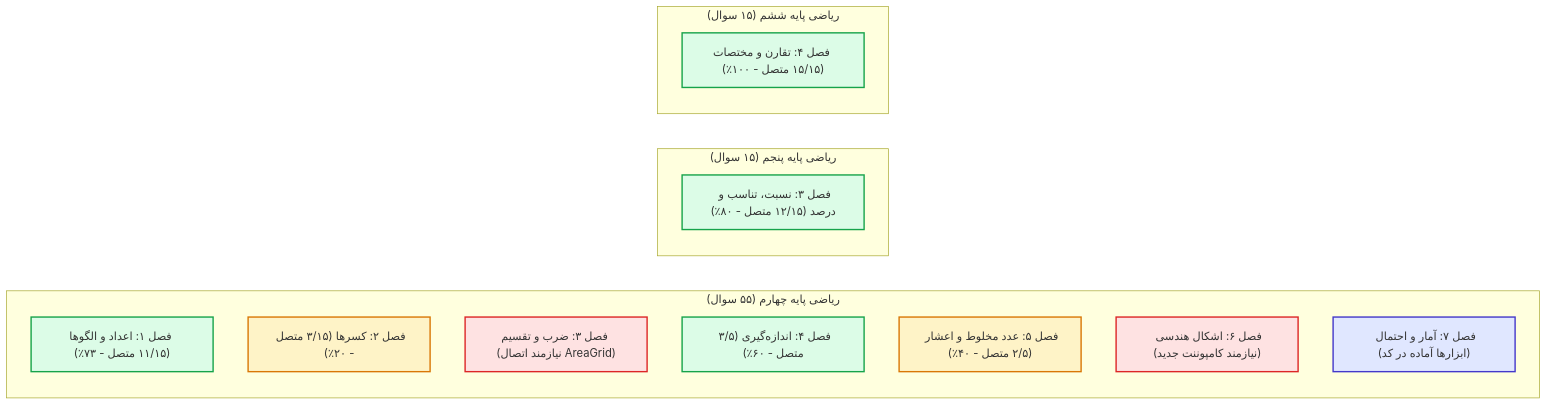
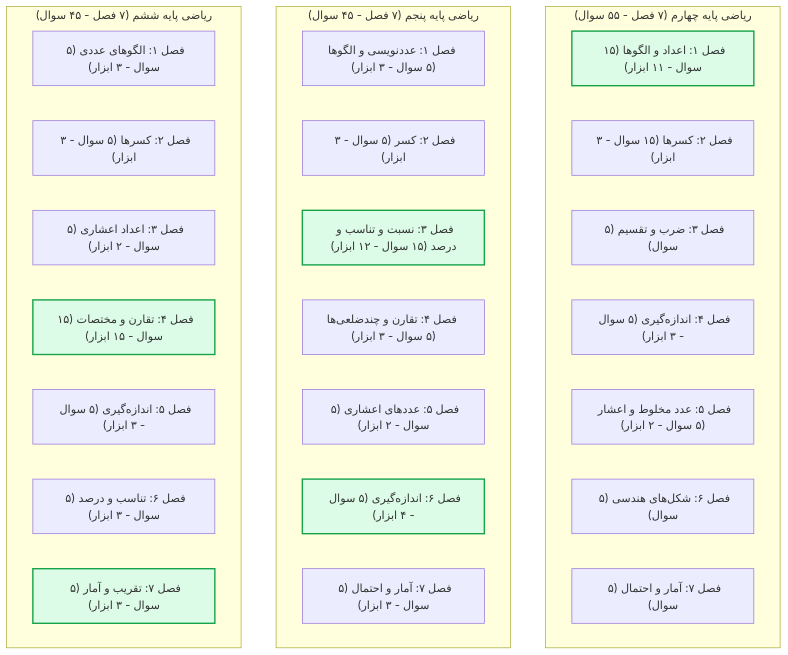
One commit to javadderoom/education changed the diagram in docs/curriculum_items_tools_catalog.md. Above: the diagram before and after it, drawn with Mermaid. The commit also changed other lines of this file and 25 other files, not shown here.

````diff
--- a/docs/curriculum_items_tools_catalog.md
+++ b/docs/curriculum_items_tools_catalog.md
@@ -22,27 +34,35 @@
 ```mermaid
-flowchart LR
-    subgraph Grade4["ریاضی پایه چهارم (۵۵ سوال)"]
-        CH1["فصل ۱: اعداد و الگوها (۱۱/۱۵ متصل - ۷۳٪)"]
-        CH2["فصل ۲: کسرها (۳/۱۵ متصل - ۲۰٪)"]
-        CH3["فصل ۳: ضرب و تقسیم (نیازمند اتصال AreaGrid)"]
-        CH4["فصل ۴: اندازه‌گیری (۳/۵ متصل - ۶۰٪)"]
-        CH5["فصل ۵: عدد مخلوط و اعشار (۲/۵ متصل - ۴۰٪)"]
-        CH6["فصل ۶: اشکال هندسی (نیازمند کامپوننت جدید)"]
-        CH7["فصل ۷: آمار و احتمال (ابزارها آماده در کد)"]
+flowchart TD
+    subgraph Grade4["ریاضی پایه چهارم (۷ فصل - ۵۵ سوال)"]
+        G4_CH1["فصل ۱: اعداد و الگوها (۱۵ سوال - ۱۱ ابزار)"]
+        G4_CH2["فصل ۲: کسرها (۱۵ سوال - ۳ ابزار)"]
+        G4_CH3["فصل ۳: ضرب و تقسیم (۵ سوال)"]
+        G4_CH4["فصل ۴: اندازه‌گیری (۵ سوال - ۳ ابزار)"]
+        G4_CH5["فصل ۵: عدد مخلوط و اعشار (۵ سوال - ۲ ابزار)"]
+        G4_CH6["فصل ۶: شکل‌های هندسی (۵ سوال)"]
+        G4_CH7["فصل ۷: آمار و احتمال (۵ سوال)"]
     end
-    subgraph Grade5["ریاضی پایه پنجم (۱۵ سوال)"]
-        G5CH3["فصل ۳: نسبت، تناسب و درصد (۱۲/۱۵ متصل - ۸۰٪)"]
+    subgraph Grade5["ریاضی پایه پنجم (۷ فصل - ۴۵ سوال)"]
+        G5_CH1["فصل ۱: عددنویسی و الگوها (۵ سوال - ۳ ابزار)"]
+        G5_CH2["فصل ۲: کسر (۵ سوال - ۳ ابزار)"]
+        G5_CH3["فصل ۳: نسبت و تناسب و درصد (۱۵ سوال - ۱۲ ابزار)"]
+        G5_CH4["فصل ۴: تقارن و چندضلعی‌ها (۵ سوال - ۳ ابزار)"]
+        G5_CH5["فصل ۵: عددهای اعشاری (۵ سوال - ۲ ابزار)"]
+        G5_CH6["فصل ۶: اندازه‌گیری (۵ سوال - ۴ ابزار)"]
+        G5_CH7["فصل ۷: آمار و احتمال (۵ سوال - ۳ ابزار)"]
     end
-    subgraph Grade6["ریاضی پایه ششم (۱۵ سوال)"]
-        G6CH4["فصل ۴: تقارن و مختصات (۱۵/۱۵ متصل - ۱۰۰٪)"]
+    subgraph Grade6["ریاضی پایه ششم (۷ فصل - ۴۵ سوال)"]
+        G6_CH1["فصل ۱: الگوهای عددی (۵ سوال - ۳ ابزار)"]
+        G6_CH2["فصل ۲: کسرها (۵ سوال - ۳ ابزار)"]
+        G6_CH3["فصل ۳: اعداد اعشاری (۵ سوال - ۲ ابزار)"]
+        G6_CH4["فصل ۴: تقارن و مختصات (۱۵ سوال - ۱۵ ابزار)"]
+        G6_CH5["فصل ۵: اندازه‌گیری (۵ سوال - ۳ ابزار)"]
+        G6_CH6["فصل ۶: تناسب و درصد (۵ سوال - ۳ ابزار)"]
+        G6_CH7["فصل ۷: تقریب و آمار (۵ سوال - ۳ ابزار)"]
     end
-    style CH1 fill:#dcfce7,stroke:#16a34a,stroke-width:2px
-    style G6CH4 fill:#dcfce7,stroke:#16a34a,stroke-width:2px
-    style G5CH3 fill:#dcfce7,stroke:#16a34a,stroke-width:2px
-    style CH4 fill:#dcfce7,stroke:#16a34a,stroke-width:2px
-    style CH5 fill:#fef3c7,stroke:#d97706,stroke-width:2px
-    style CH2 fill:#fef3c7,stroke:#d97706,stroke-width:2px
-    style CH7 fill:#e0e7ff,stroke:#4338ca,stroke-width:2px
-    style CH3 fill:#fee2e2,stroke:#dc2626,stroke-width:2px
-    style CH6 fill:#fee2e2,stroke:#dc2626,stroke-width:2px
+    style G4_CH1 fill:#dcfce7,stroke:#16a34a,stroke-width:2px
+    style G5_CH3 fill:#dcfce7,stroke:#16a34a,stroke-width:2px
+    style G6_CH4 fill:#dcfce7,stroke:#16a34a,stroke-width:2px
+    style G5_CH6 fill:#dcfce7,stroke:#16a34a,stroke-width:2px
+    style G6_CH7 fill:#dcfce7,stroke:#16a34a,stroke-width:2px
 ```
````
